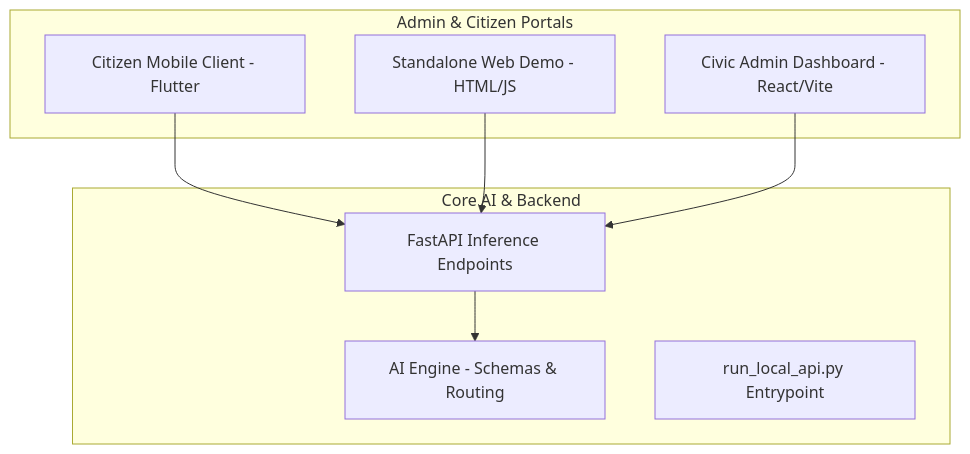
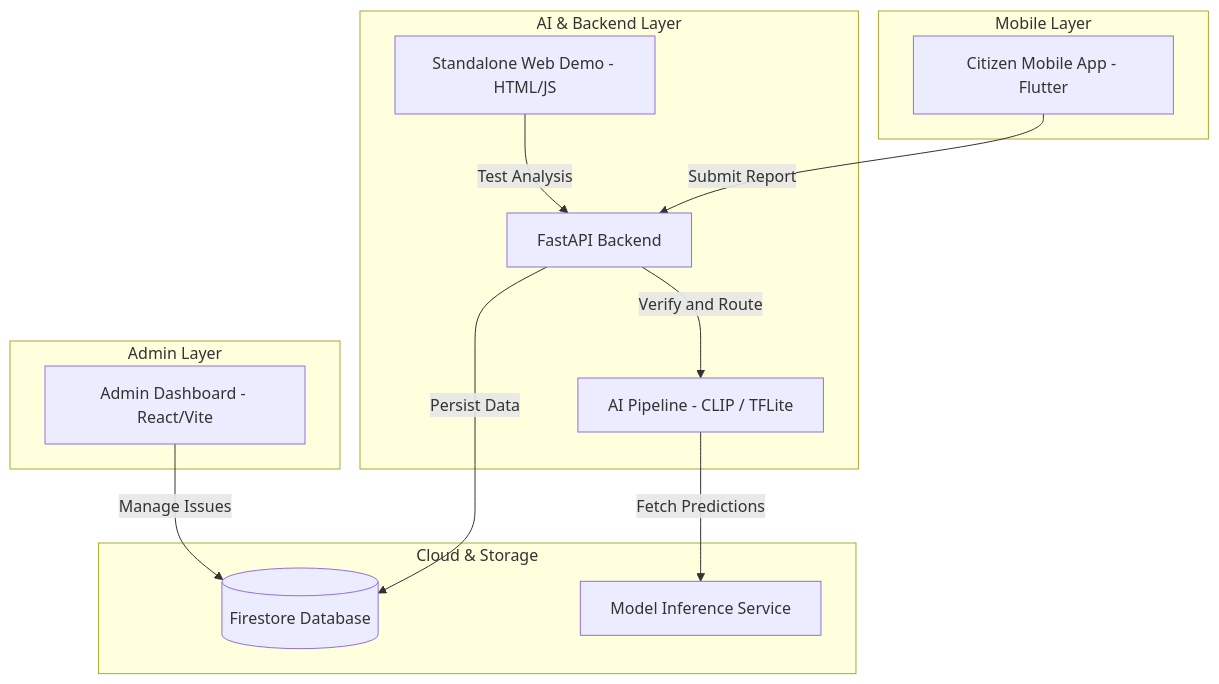
The diagram in README.md (kuleaniruddha/B2B_altf4), drawn with Mermaid before and after one commit. The commit also changed other lines of this file and 1 other file, not shown here.

Commit message:
admin add 2 final final

````diff
--- a/README.md
+++ b/README.md
@@ -15,19 +9,28 @@
 ```mermaid
 graph TD
-    subgraph "Core AI & Backend"
-        AI[AI Engine - Schemas & Routing]
-        API[FastAPI Inference Endpoints]
-        Runner[run_local_api.py Entrypoint]
+    subgraph "Mobile Layer"
+        C[Citizen Mobile App - Flutter]
     end
 
-    subgraph "Admin & Citizen Portals"
-        Admin[Civic Admin Dashboard - React/Vite]
-        Demo[Standalone Web Demo - HTML/JS]
-        Citizen[Citizen Mobile Client - Flutter]
+    subgraph "AI & Backend Layer"
+        B[FastAPI Backend]
+        AI[AI Pipeline - CLIP / TFLite]
+        D[Standalone Web Demo - HTML/JS]
     end
 
-    Citizen --> API
-    Demo --> API
-    API --> AI
-    Admin --> API
+    subgraph "Admin Layer"
+        A[Admin Dashboard - React/Vite]
+    end
+
+    subgraph "Cloud & Storage"
+        F[(Firestore Database)]
+        V[Model Inference Service]
+    end
+
+    C -->|Submit Report| B
+    D -->|Test Analysis| B
+    B -->|Verify and Route| AI
+    AI -->|Fetch Predictions| V
+    B -->|Persist Data| F
+    A -->|Manage Issues| F
 ```
````
